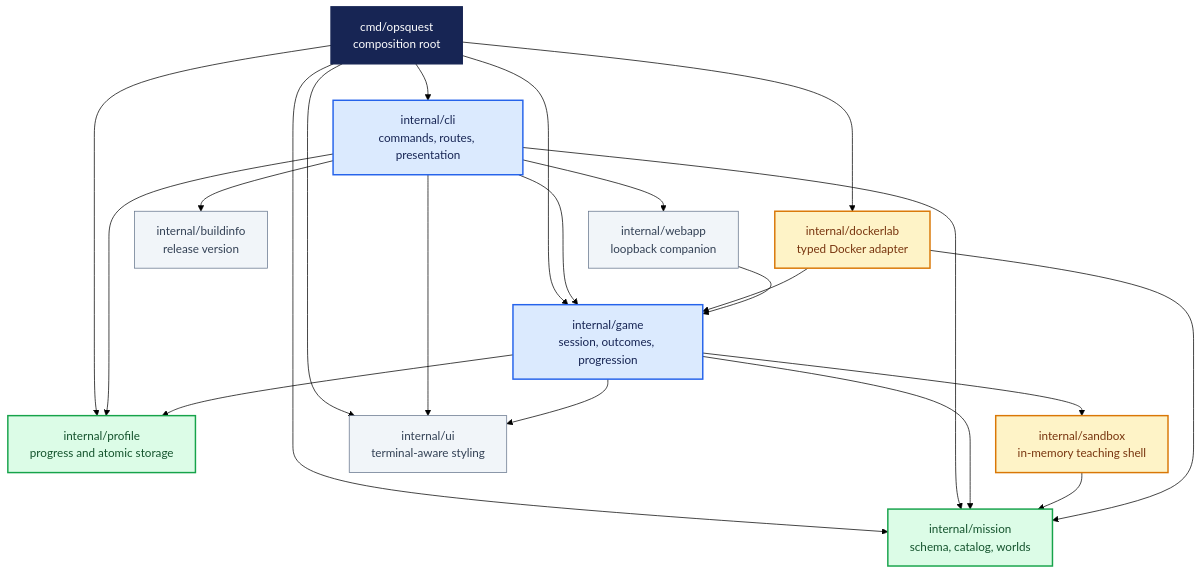
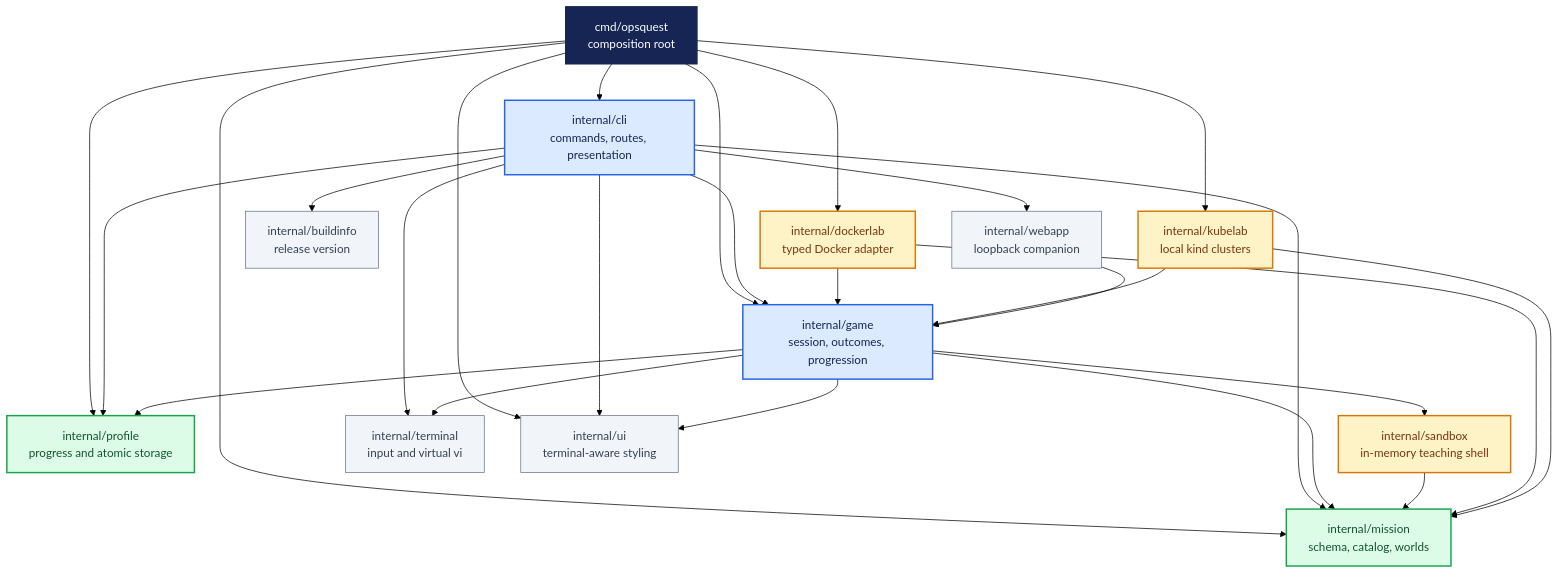
One commit to Aleksandergreg/go-cli-tool changed the diagram in docs/technical/diagrams/component-architecture.mmd. Above: the diagram before and after it, drawn with Mermaid (forest theme). The commit also changed 39 other files, not shown here.

```diff
--- a/docs/technical/diagrams/component-architecture.mmd
+++ b/docs/technical/diagrams/component-architecture.mmd
@@ -1,48 +1,55 @@
 %% Editable source for the rendered SVG beside this file.
 flowchart TB
     MAIN["cmd/opsquest<br/>composition root"]
     CLI["internal/cli<br/>commands, routes, presentation"]
     GAME["internal/game<br/>session, outcomes, progression"]
     MISSION["internal/mission<br/>schema, catalog, worlds"]
     PROFILE["internal/profile<br/>progress and atomic storage"]
     SANDBOX["internal/sandbox<br/>in-memory teaching shell"]
     DOCKER["internal/dockerlab<br/>typed Docker adapter"]
+    KUBE["internal/kubelab<br/>local kind clusters"]
+    TERMINAL["internal/terminal<br/>input and virtual vi"]
     WEB["internal/webapp<br/>loopback companion"]
     UI["internal/ui<br/>terminal-aware styling"]
     BUILD["internal/buildinfo<br/>release version"]
 
     MAIN --> CLI
     MAIN --> MISSION
     MAIN --> PROFILE
     MAIN --> GAME
+    MAIN --> KUBE
     MAIN --> DOCKER
     MAIN --> UI
 
     CLI --> BUILD
     CLI --> GAME
     CLI --> MISSION
     CLI --> PROFILE
     CLI --> UI
     CLI --> WEB
 
     GAME --> MISSION
     GAME --> PROFILE
+    CLI --> TERMINAL
+    GAME --> TERMINAL
     GAME --> SANDBOX
     GAME --> UI
 
     SANDBOX --> MISSION
     DOCKER --> GAME
     DOCKER --> MISSION
+    KUBE --> GAME
+    KUBE --> MISSION
     WEB --> GAME
 
     classDef entry fill:#172554,color:#ffffff,stroke:#172554,stroke-width:2px
     classDef orchestration fill:#dbeafe,color:#172554,stroke:#2563eb,stroke-width:2px
     classDef domain fill:#dcfce7,color:#14532d,stroke:#16a34a,stroke-width:2px
     classDef adapter fill:#fef3c7,color:#78350f,stroke:#d97706,stroke-width:2px
     classDef support fill:#f1f5f9,color:#334155,stroke:#64748b,stroke-width:1px
 
     class MAIN entry
     class CLI,GAME orchestration
     class MISSION,PROFILE domain
-    class SANDBOX,DOCKER adapter
-    class UI,BUILD,WEB support
+    class SANDBOX,DOCKER,KUBE adapter
+    class UI,BUILD,WEB,TERMINAL support
```
